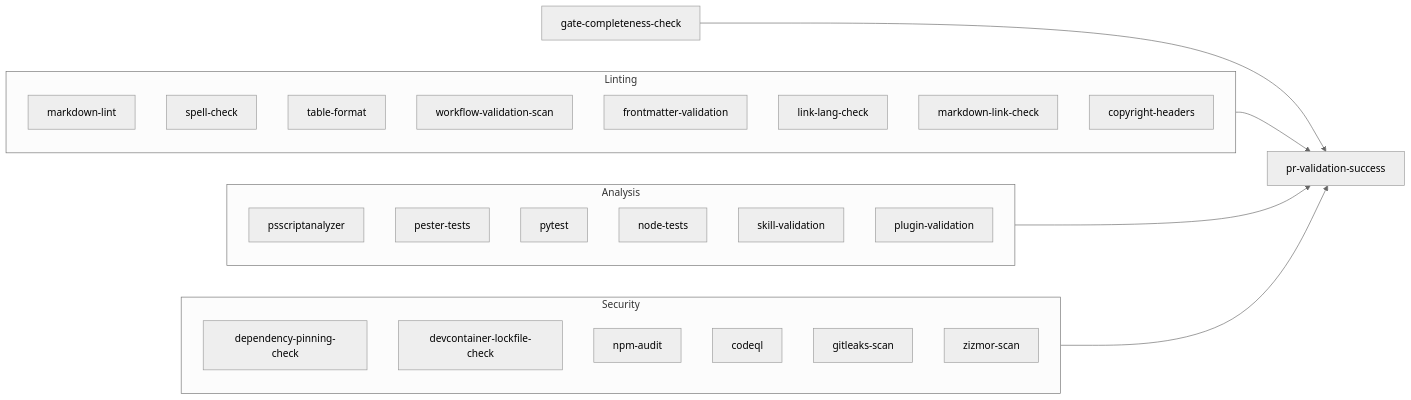
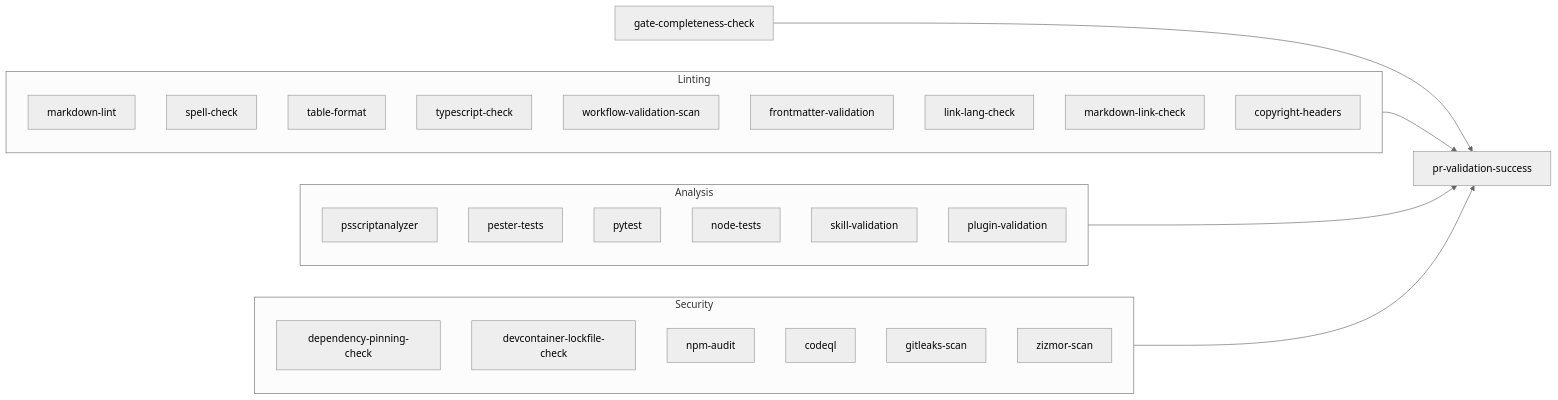
The second of 3 diagrams in docs/architecture/workflows.md (Anshuman-Prakash/hve-core), drawn with Mermaid (neutral theme) before and after one commit. The commit also changed other lines of this file, not shown here.

First line of the commit message:
docs(workflows): add change-range and typescript-check to PR validation tables (#3204)

````diff
--- a/docs/architecture/workflows.md
+++ b/docs/architecture/workflows.md
@@ -163,38 +164,39 @@
 ```mermaid
 flowchart LR
     accTitle: Pull Request Validation Job Groups
     accDescr: Linting, analysis, and security validation groups run in parallel, then every job feeds the pr-validation-success aggregator gate that branch protection requires.
     subgraph "Linting"
         ML[markdown-lint]
         SC[spell-check]
         TF[table-format]
+        TSC[typescript-check]
         WV[workflow-validation-scan]
         FV[frontmatter-validation]
         LLC[link-lang-check]
         MLC[markdown-link-check]
         CH[copyright-headers]
     end
 
     subgraph "Analysis"
         PSA[psscriptanalyzer]
         PT[pester-tests]
         PY[pytest]
         NT[node-tests]
         SV[skill-validation]
         PV[plugin-validation]
     end
 
     subgraph "Security"
         DPC[dependency-pinning-check]
         DCL[devcontainer-lockfile-check]
         NA[npm-audit]
         CQL[codeql]
         GLS[gitleaks-scan]
         ZZ[zizmor-scan]
     end
 
     Linting --> GATE[pr-validation-success]
     Analysis --> GATE
     Security --> GATE
     GCC[gate-completeness-check] --> GATE
 ```
````
